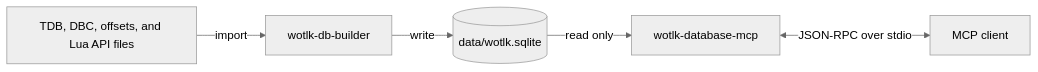
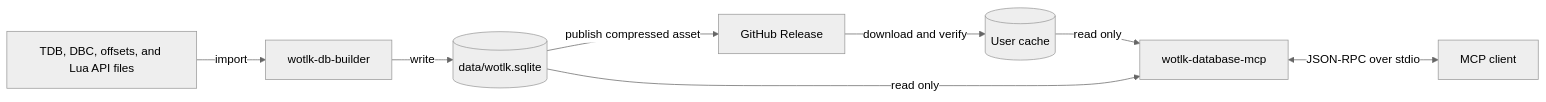
Before and after one commit to denisdasilvarocha/wotlk-database-mcp: the diagram in docs/architecture.md, drawn with Mermaid (neutral theme). The commit also changed other lines of this file and 7 other files, not shown here.

Commit message:
docs: document npx installation and database cache

````diff
--- a/docs/architecture.md
+++ b/docs/architecture.md
@@ -15,9 +15,12 @@
 ```mermaid
 flowchart LR
-  accTitle: Offline database build and MCP runtime
-  accDescr: Local source inputs enter the builder. The builder writes SQLite. The server reads SQLite and exchanges JSON-RPC messages with an MCP client over stdio.
+  accTitle: Database build, distribution, and MCP runtime
+  accDescr: The builder writes SQLite. A release can supply the user cache. The server reads a local database and answers MCP requests over stdio.
   inputs["TDB, DBC, offsets, and Lua API files"] -->|import| builder["wotlk-db-builder"]
   builder -->|write| database[("data/wotlk.sqlite")]
+  database -->|publish compressed asset| release["GitHub Release"]
+  release -->|download and verify| cache[("User cache")]
+  cache -->|read only| server
   database -->|read only| server["wotlk-database-mcp"]
   server <-->|"JSON-RPC over stdio"| client["MCP client"]
 ```
````
